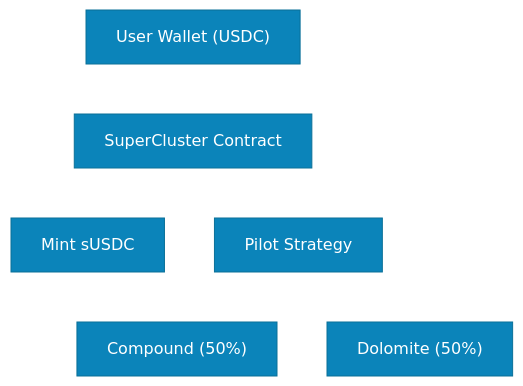
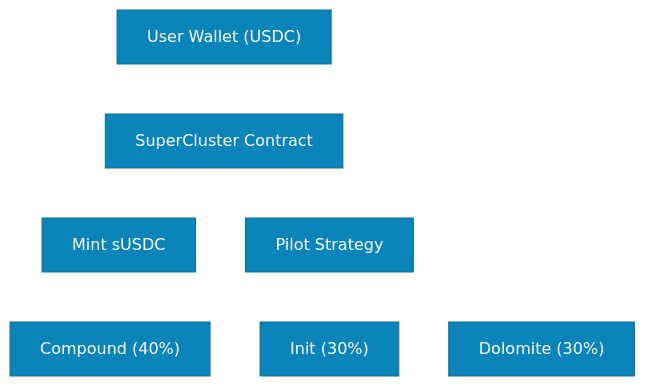
Before and after one commit to super-cluster-finance/docs: the diagram in docs/user-flow/deposit-stablecoin.md, drawn with Mermaid. The commit also changed other lines of this file and 13 other files, not shown here.

````diff
--- a/docs/user-flow/deposit-stablecoin.md
+++ b/docs/user-flow/deposit-stablecoin.md
@@ -58,16 +58,18 @@
 ```mermaid
 %%{init: {'theme':'base', 'themeVariables': { 'primaryColor':'#0b84ba','primaryTextColor':'#ffffff','primaryBorderColor':'#0a7098','lineColor':'#ffffff','secondaryColor':'#0a7098','tertiaryColor':'#08506e'}}}%%
 flowchart TD
     A["User Wallet (USDC)"]
     B["SuperCluster Contract"]
     C["Mint sUSDC"]
     D["Pilot Strategy"]
-    E["Compound (50%)"]
-    F["Dolomite (50%)"]
+    E["Compound (40%)"]
+    F["Init (30%)"]
+    G["Dolomite (30%)"]
 
     A --> B
     B --> C
     B --> D
     D --> E
     D --> F
+    D --> G
 ```
````
